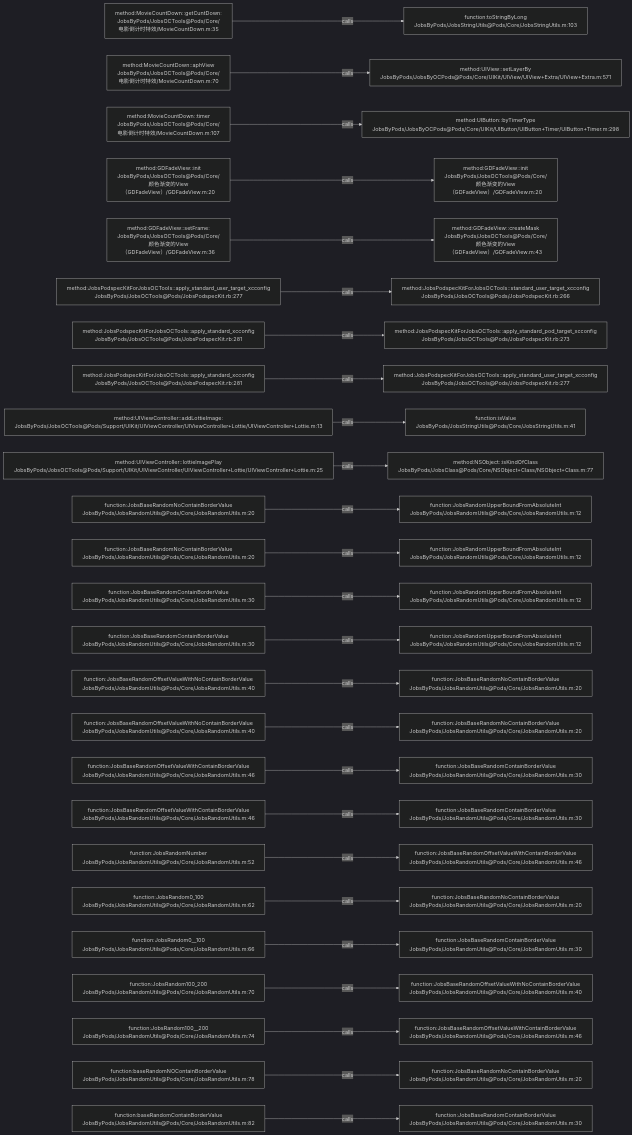
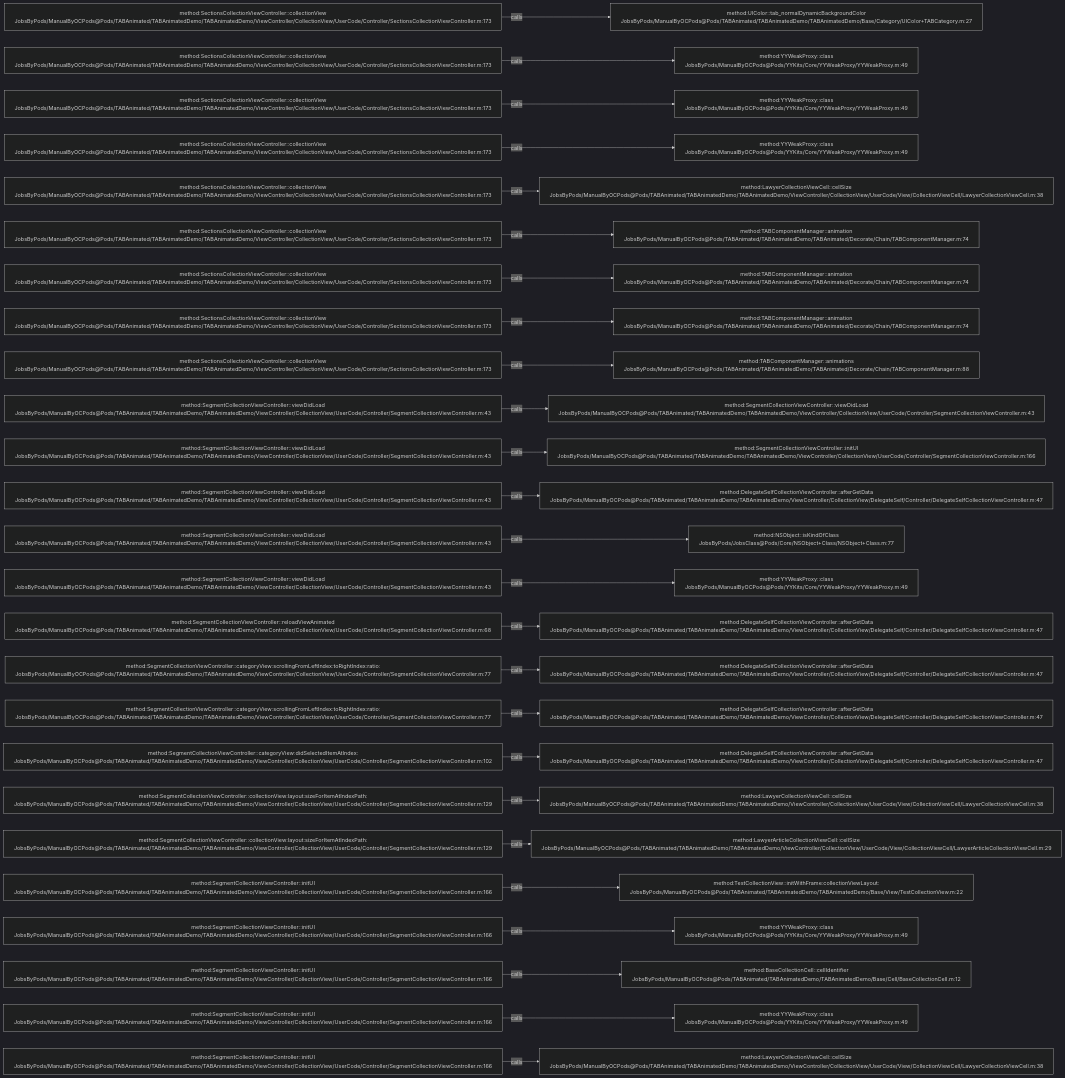
Before and after one commit to JobsKits/JobsOCBaseConfigDemo: the diagram in .codegraph/codegraph.md/graphs/calls-157.md, drawn with Mermaid (dark theme). The commit also changed 573 other files, not shown here.

````diff
--- a/.codegraph/codegraph.md/graphs/calls-157.md
+++ b/.codegraph/codegraph.md/graphs/calls-157.md
@@ -13,78 +13,78 @@
 ```mermaid
 flowchart LR
-  S1["method:MovieCountDown::getCuntDown:<br/>JobsByPods/JobsOCTools@Pods/Core/电影倒计时特效/MovieCountDown.m:35"]
-  T1["function:toStringByLong<br/>JobsByPods/JobsStringUtils@Pods/Core/JobsStringUtils.m:103"]
+  S1["method:SectionsCollectionViewController::collectionView<br/>JobsByPods/ManualByOCPods@Pods/TABAnimated/TABAnimatedDemo/TABAnimatedDemo/ViewController/CollectionView/UserCode/Controller/SectionsCollectionViewController.m:173"]
+  T1["method:UIColor::tab_normalDynamicBackgroundColor<br/>JobsByPods/ManualByOCPods@Pods/TABAnimated/TABAnimatedDemo/TABAnimatedDemo/Base/Category/UIColor+TABCategory.m:27"]
   S1 -->|calls| T1
-  S2["method:MovieCountDown::aphView<br/>JobsByPods/JobsOCTools@Pods/Core/电影倒计时特效/MovieCountDown.m:70"]
-  T2["method:UIView::setLayerBy<br/>JobsByPods/JobsByOCPods@Pods/Core/UIKit/UIView/UIView+Extra/UIView+Extra.m:571"]
+  S2["method:SectionsCollectionViewController::collectionView<br/>JobsByPods/ManualByOCPods@Pods/TABAnimated/TABAnimatedDemo/TABAnimatedDemo/ViewController/CollectionView/UserCode/Controller/SectionsCollectionViewController.m:173"]
+  T2["method:YYWeakProxy::class<br/>JobsByPods/ManualByOCPods@Pods/YYKits/Core/YYWeakProxy/YYWeakProxy.m:49"]
   S2 -->|calls| T2
-  S3["method:MovieCountDown::timer<br/>JobsByPods/JobsOCTools@Pods/Core/电影倒计时特效/MovieCountDown.m:107"]
-  T3["method:UIButton::byTimerType<br/>JobsByPods/JobsByOCPods@Pods/Core/UIKit/UIButton/UIButton+Timer/UIButton+Timer.m:298"]
+  S3["method:SectionsCollectionViewController::collectionView<br/>JobsByPods/ManualByOCPods@Pods/TABAnimated/TABAnimatedDemo/TABAnimatedDemo/ViewController/CollectionView/UserCode/Controller/SectionsCollectionViewController.m:173"]
+  T3["method:YYWeakProxy::class<br/>JobsByPods/ManualByOCPods@Pods/YYKits/Core/YYWeakProxy/YYWeakProxy.m:49"]
   S3 -->|calls| T3
-  S4["method:GDFadeView::init<br/>JobsByPods/JobsOCTools@Pods/Core/颜色渐变的View（GDFadeView）/GDFadeView.m:20"]
-  T4["method:GDFadeView::init<br/>JobsByPods/JobsOCTools@Pods/Core/颜色渐变的View（GDFadeView）/GDFadeView.m:20"]
+  S4["method:SectionsCollectionViewController::collectionView<br/>JobsByPods/ManualByOCPods@Pods/TABAnimated/TABAnimatedDemo/TABAnimatedDemo/ViewController/CollectionView/UserCode/Controller/SectionsCollectionViewController.m:173"]
+  T4["method:YYWeakProxy::class<br/>JobsByPods/ManualByOCPods@Pods/YYKits/Core/YYWeakProxy/YYWeakProxy.m:49"]
   S4 -->|calls| T4
-  S5["method:GDFadeView::setFrame:<br/>JobsByPods/JobsOCTools@Pods/Core/颜色渐变的View（GDFadeView）/GDFadeView.m:36"]
-  T5["method:GDFadeView::createMask<br/>JobsByPods/JobsOCTools@Pods/Core/颜色渐变的View（GDFadeView）/GDFadeView.m:43"]
+  S5["method:SectionsCollectionViewController::collectionView<br/>JobsByPods/ManualByOCPods@Pods/TABAnimated/TABAnimatedDemo/TABAnimatedDemo/ViewController/CollectionView/UserCode/Controller/SectionsCollectionViewController.m:173"]
+  T5["method:LawyerCollectionViewCell::cellSize<br/>JobsByPods/ManualByOCPods@Pods/TABAnimated/TABAnimatedDemo/TABAnimatedDemo/ViewController/CollectionView/UserCode/View/CollectionViewCell/LawyerCollectionViewCell.m:38"]
   S5 -->|calls| T5
-  S6["method:JobsPodspecKitForJobsOCTools::apply_standard_user_target_xcconfig<br/>JobsByPods/JobsOCTools@Pods/JobsPodspecKit.rb:277"]
-  T6["method:JobsPodspecKitForJobsOCTools::standard_user_target_xcconfig<br/>JobsByPods/JobsOCTools@Pods/JobsPodspecKit.rb:266"]
+  S6["method:SectionsCollectionViewController::collectionView<br/>JobsByPods/ManualByOCPods@Pods/TABAnimated/TABAnimatedDemo/TABAnimatedDemo/ViewController/CollectionView/UserCode/Controller/SectionsCollectionViewController.m:173"]
+  T6["method:TABComponentManager::animation<br/>JobsByPods/ManualByOCPods@Pods/TABAnimated/TABAnimatedDemo/TABAnimated/Decorate/Chain/TABComponentManager.m:74"]
   S6 -->|calls| T6
-  S7["method:JobsPodspecKitForJobsOCTools::apply_standard_xcconfig<br/>JobsByPods/JobsOCTools@Pods/JobsPodspecKit.rb:281"]
-  T7["method:JobsPodspecKitForJobsOCTools::apply_standard_pod_target_xcconfig<br/>JobsByPods/JobsOCTools@Pods/JobsPodspecKit.rb:273"]
+  S7["method:SectionsCollectionViewController::collectionView<br/>JobsByPods/ManualByOCPods@Pods/TABAnimated/TABAnimatedDemo/TABAnimatedDemo/ViewController/CollectionView/UserCode/Controller/SectionsCollectionViewController.m:173"]
+  T7["method:TABComponentManager::animation<br/>JobsByPods/ManualByOCPods@Pods/TABAnimated/TABAnimatedDemo/TABAnimated/Decorate/Chain/TABComponentManager.m:74"]
   S7 -->|calls| T7
-  S8["method:JobsPodspecKitForJobsOCTools::apply_standard_xcconfig<br/>JobsByPods/JobsOCTools@Pods/JobsPodspecKit.rb:281"]
-  T8["method:JobsPodspecKitForJobsOCTools::apply_standard_user_target_xcconfig<br/>JobsByPods/JobsOCTools@Pods/JobsPodspecKit.rb:277"]
+  S8["method:SectionsCollectionViewController::collectionView<br/>JobsByPods/ManualByOCPods@Pods/TABAnimated/TABAnimatedDemo/TABAnimatedDemo/ViewController/CollectionView/UserCode/Controller/SectionsCollectionViewController.m:173"]
+  T8["method:TABComponentManager::animation<br/>JobsByPods/ManualByOCPods@Pods/TABAnimated/TABAnimatedDemo/TABAnimated/Decorate/Chain/TABComponentManager.m:74"]
   S8 -->|calls| T8
-  S9["method:UIViewController::addLottieImage:<br/>JobsByPods/JobsOCTools@Pods/Support/UIKit/UIViewController/UIViewController+Lottie/UIViewController+Lottie.m:13"]
-  T9["function:isValue<br/>JobsByPods/JobsStringUtils@Pods/Core/JobsStringUtils.m:41"]
+  S9["method:SectionsCollectionViewController::collectionView<br/>JobsByPods/ManualByOCPods@Pods/TABAnimated/TABAnimatedDemo/TABAnimatedDemo/ViewController/CollectionView/UserCode/Controller/SectionsCollectionViewController.m:173"]
+  T9["method:TABComponentManager::animations<br/>JobsByPods/ManualByOCPods@Pods/TABAnimated/TABAnimatedDemo/TABAnimated/Decorate/Chain/TABComponentManager.m:88"]
   S9 -->|calls| T9
-  S10["method:UIViewController::lottieImagePlay<br/>JobsByPods/JobsOCTools@Pods/Support/UIKit/UIViewController/UIViewController+Lottie/UIViewController+Lottie.m:25"]
-  T10["method:NSObject::isKindOfClass<br/>JobsByPods/JobsClass@Pods/Core/NSObject+Class/NSObject+Class.m:77"]
+  S10["method:SegmentCollectionViewController::viewDidLoad<br/>JobsByPods/ManualByOCPods@Pods/TABAnimated/TABAnimatedDemo/TABAnimatedDemo/ViewController/CollectionView/UserCode/Controller/SegmentCollectionViewController.m:43"]
+  T10["method:SegmentCollectionViewController::viewDidLoad<br/>JobsByPods/ManualByOCPods@Pods/TABAnimated/TABAnimatedDemo/TABAnimatedDemo/ViewController/CollectionView/UserCode/Controller/SegmentCollectionViewController.m:43"]
   S10 -->|calls| T10
-  S11["function:JobsBaseRandomNoContainBorderValue<br/>JobsByPods/JobsRandomUtils@Pods/Core/JobsRandomUtils.m:20"]
-  T11["function:JobsRandomUpperBoundFromAbsoluteInt<br/>JobsByPods/JobsRandomUtils@Pods/Core/JobsRandomUtils.m:12"]
+  S11["method:SegmentCollectionViewController::viewDidLoad<br/>JobsByPods/ManualByOCPods@Pods/TABAnimated/TABAnimatedDemo/TABAnimatedDemo/ViewController/CollectionView/UserCode/Controller/SegmentCollectionViewController.m:43"]
+  T11["method:SegmentCollectionViewController::initUI<br/>JobsByPods/ManualByOCPods@Pods/TABAnimated/TABAnimatedDemo/TABAnimatedDemo/ViewController/CollectionView/UserCode/Controller/SegmentCollectionViewController.m:166"]
   S11 -->|calls| T11
-  S12["function:JobsBaseRandomNoContainBorderValue<br/>JobsByPods/JobsRandomUtils@Pods/Core/JobsRandomUtils.m:20"]
-  T12["function:JobsRandomUpperBoundFromAbsoluteInt<br/>JobsByPods/JobsRandomUtils@Pods/Core/JobsRandomUtils.m:12"]
+  S12["method:SegmentCollectionViewController::viewDidLoad<br/>JobsByPods/ManualByOCPods@Pods/TABAnimated/TABAnimatedDemo/TABAnimatedDemo/ViewController/CollectionView/UserCode/Controller/SegmentCollectionViewController.m:43"]
+  T12["method:DelegateSelfCollectionViewController::afterGetData<br/>JobsByPods/ManualByOCPods@Pods/TABAnimated/TABAnimatedDemo/TABAnimatedDemo/ViewController/CollectionView/DelegateSelf/Controller/DelegateSelfCollectionViewController.m:47"]
   S12 -->|calls| T12
-  S13["function:JobsBaseRandomContainBorderValue<br/>JobsByPods/JobsRandomUtils@Pods/Core/JobsRandomUtils.m:30"]
-  T13["function:JobsRandomUpperBoundFromAbsoluteInt<br/>JobsByPods/JobsRandomUtils@Pods/Core/JobsRandomUtils.m:12"]
+  S13["method:SegmentCollectionViewController::viewDidLoad<br/>JobsByPods/ManualByOCPods@Pods/TABAnimated/TABAnimatedDemo/TABAnimatedDemo/ViewController/CollectionView/UserCode/Controller/SegmentCollectionViewController.m:43"]
+  T13["method:NSObject::isKindOfClass<br/>JobsByPods/JobsClass@Pods/Core/NSObject+Class/NSObject+Class.m:77"]
   S13 -->|calls| T13
-  S14["function:JobsBaseRandomContainBorderValue<br/>JobsByPods/JobsRandomUtils@Pods/Core/JobsRandomUtils.m:30"]
-  T14["function:JobsRandomUpperBoundFromAbsoluteInt<br/>JobsByPods/JobsRandomUtils@Pods/Core/JobsRandomUtils.m:12"]
+  S14["method:SegmentCollectionViewController::viewDidLoad<br/>JobsByPods/ManualByOCPods@Pods/TABAnimated/TABAnimatedDemo/TABAnimatedDemo/ViewController/CollectionView/UserCode/Controller/SegmentCollectionViewController.m:43"]
+  T14["method:YYWeakProxy::class<br/>JobsByPods/ManualByOCPods@Pods/YYKits/Core/YYWeakProxy/YYWeakProxy.m:49"]
   S14 -->|calls| T14
-  S15["function:JobsBaseRandomOffsetValueWithNoContainBorderValue<br/>JobsByPods/JobsRandomUtils@Pods/Core/JobsRandomUtils.m:40"]
-  T15["function:JobsBaseRandomNoContainBorderValue<br/>JobsByPods/JobsRandomUtils@Pods/Core/JobsRandomUtils.m:20"]
+  S15["method:SegmentCollectionViewController::reloadViewAnimated<br/>JobsByPods/ManualByOCPods@Pods/TABAnimated/TABAnimatedDemo/TABAnimatedDemo/ViewController/CollectionView/UserCode/Controller/SegmentCollectionViewController.m:68"]
+  T15["method:DelegateSelfCollectionViewController::afterGetData<br/>JobsByPods/ManualByOCPods@Pods/TABAnimated/TABAnimatedDemo/TABAnimatedDemo/ViewController/CollectionView/DelegateSelf/Controller/DelegateSelfCollectionViewController.m:47"]
   S15 -->|calls| T15
-  S16["function:JobsBaseRandomOffsetValueWithNoContainBorderValue<br/>JobsByPods/JobsRandomUtils@Pods/Core/JobsRandomUtils.m:40"]
-  T16["function:JobsBaseRandomNoContainBorderValue<br/>JobsByPods/JobsRandomUtils@Pods/Core/JobsRandomUtils.m:20"]
+  S16["method:SegmentCollectionViewController::categoryView:scrollingFromLeftIndex:toRightIndex:ratio:<br/>JobsByPods/ManualByOCPods@Pods/TABAnimated/TABAnimatedDemo/TABAnimatedDemo/ViewController/CollectionView/UserCode/Controller/SegmentCollectionViewController.m:77"]
+  T16["method:DelegateSelfCollectionViewController::afterGetData<br/>JobsByPods/ManualByOCPods@Pods/TABAnimated/TABAnimatedDemo/TABAnimatedDemo/ViewController/CollectionView/DelegateSelf/Controller/DelegateSelfCollectionViewController.m:47"]
   S16 -->|calls| T16
-  S17["function:JobsBaseRandomOffsetValueWithContainBorderValue<br/>JobsByPods/JobsRandomUtils@Pods/Core/JobsRandomUtils.m:46"]
-  T17["function:JobsBaseRandomContainBorderValue<br/>JobsByPods/JobsRandomUtils@Pods/Core/JobsRandomUtils.m:30"]
+  S17["method:SegmentCollectionViewController::categoryView:scrollingFromLeftIndex:toRightIndex:ratio:<br/>JobsByPods/ManualByOCPods@Pods/TABAnimated/TABAnimatedDemo/TABAnimatedDemo/ViewController/CollectionView/UserCode/Controller/SegmentCollectionViewController.m:77"]
+  T17["method:DelegateSelfCollectionViewController::afterGetData<br/>JobsByPods/ManualByOCPods@Pods/TABAnimated/TABAnimatedDemo/TABAnimatedDemo/ViewController/CollectionView/DelegateSelf/Controller/DelegateSelfCollectionViewController.m:47"]
   S17 -->|calls| T17
-  S18["function:JobsBaseRandomOffsetValueWithContainBorderValue<br/>JobsByPods/JobsRandomUtils@Pods/Core/JobsRandomUtils.m:46"]
-  T18["function:JobsBaseRandomContainBorderValue<br/>JobsByPods/JobsRandomUtils@Pods/Core/JobsRandomUtils.m:30"]
+  S18["method:SegmentCollectionViewController::categoryView:didSelectedItemAtIndex:<br/>JobsByPods/ManualByOCPods@Pods/TABAnimated/TABAnimatedDemo/TABAnimatedDemo/ViewController/CollectionView/UserCode/Controller/SegmentCollectionViewController.m:102"]
+  T18["method:DelegateSelfCollectionViewController::afterGetData<br/>JobsByPods/ManualByOCPods@Pods/TABAnimated/TABAnimatedDemo/TABAnimatedDemo/ViewController/CollectionView/DelegateSelf/Controller/DelegateSelfCollectionViewController.m:47"]
   S18 -->|calls| T18
-  S19["function:JobsRandomNumber<br/>JobsByPods/JobsRandomUtils@Pods/Core/JobsRandomUtils.m:52"]
-  T19["function:JobsBaseRandomOffsetValueWithContainBorderValue<br/>JobsByPods/JobsRandomUtils@Pods/Core/JobsRandomUtils.m:46"]
+  S19["method:SegmentCollectionViewController::collectionView:layout:sizeForItemAtIndexPath:<br/>JobsByPods/ManualByOCPods@Pods/TABAnimated/TABAnimatedDemo/TABAnimatedDemo/ViewController/CollectionView/UserCode/Controller/SegmentCollectionViewController.m:129"]
+  T19["method:LawyerCollectionViewCell::cellSize<br/>JobsByPods/ManualByOCPods@Pods/TABAnimated/TABAnimatedDemo/TABAnimatedDemo/ViewController/CollectionView/UserCode/View/CollectionViewCell/LawyerCollectionViewCell.m:38"]
   S19 -->|calls| T19
-  S20["function:JobsRandom0_100<br/>JobsByPods/JobsRandomUtils@Pods/Core/JobsRandomUtils.m:62"]
-  T20["function:JobsBaseRandomNoContainBorderValue<br/>JobsByPods/JobsRandomUtils@Pods/Core/JobsRandomUtils.m:20"]
+  S20["method:SegmentCollectionViewController::collectionView:layout:sizeForItemAtIndexPath:<br/>JobsByPods/ManualByOCPods@Pods/TABAnimated/TABAnimatedDemo/TABAnimatedDemo/ViewController/CollectionView/UserCode/Controller/SegmentCollectionViewController.m:129"]
+  T20["method:LawyerArticleCollectionViewCell::cellSize<br/>JobsByPods/ManualByOCPods@Pods/TABAnimated/TABAnimatedDemo/TABAnimatedDemo/ViewController/CollectionView/UserCode/View/CollectionViewCell/LawyerArticleCollectionViewCell.m:29"]
   S20 -->|calls| T20
-  S21["function:JobsRandom0__100<br/>JobsByPods/JobsRandomUtils@Pods/Core/JobsRandomUtils.m:66"]
-  T21["function:JobsBaseRandomContainBorderValue<br/>JobsByPods/JobsRandomUtils@Pods/Core/JobsRandomUtils.m:30"]
+  S21["method:SegmentCollectionViewController::initUI<br/>JobsByPods/ManualByOCPods@Pods/TABAnimated/TABAnimatedDemo/TABAnimatedDemo/ViewController/CollectionView/UserCode/Controller/SegmentCollectionViewController.m:166"]
+  T21["method:TestCollectionView::initWithFrame:collectionViewLayout:<br/>JobsByPods/ManualByOCPods@Pods/TABAnimated/TABAnimatedDemo/TABAnimatedDemo/Base/View/TestCollectionView.m:22"]
   S21 -->|calls| T21
-  S22["function:JobsRandom100_200<br/>JobsByPods/JobsRandomUtils@Pods/Core/JobsRandomUtils.m:70"]
-  T22["function:JobsBaseRandomOffsetValueWithNoContainBorderValue<br/>JobsByPods/JobsRandomUtils@Pods/Core/JobsRandomUtils.m:40"]
+  S22["method:SegmentCollectionViewController::initUI<br/>JobsByPods/ManualByOCPods@Pods/TABAnimated/TABAnimatedDemo/TABAnimatedDemo/ViewController/CollectionView/UserCode/Controller/SegmentCollectionViewController.m:166"]
+  T22["method:YYWeakProxy::class<br/>JobsByPods/ManualByOCPods@Pods/YYKits/Core/YYWeakProxy/YYWeakProxy.m:49"]
   S22 -->|calls| T22
-  S23["function:JobsRandom100__200<br/>JobsByPods/JobsRandomUtils@Pods/Core/JobsRandomUtils.m:74"]
-  T23["function:JobsBaseRandomOffsetValueWithContainBorderValue<br/>JobsByPods/JobsRandomUtils@Pods/Core/JobsRandomUtils.m:46"]
+  S23["method:SegmentCollectionViewController::initUI<br/>JobsByPods/ManualByOCPods@Pods/TABAnimated/TABAnimatedDemo/TABAnimatedDemo/ViewController/CollectionView/UserCode/Controller/SegmentCollectionViewController.m:166"]
+  T23["method:BaseCollectionCell::cellIdentifier<br/>JobsByPods/ManualByOCPods@Pods/TABAnimated/TABAnimatedDemo/TABAnimatedDemo/Base/Cell/BaseCollectionCell.m:12"]
   S23 -->|calls| T23
-  S24["function:baseRandomNOContainBorderValue<br/>JobsByPods/JobsRandomUtils@Pods/Core/JobsRandomUtils.m:78"]
-  T24["function:JobsBaseRandomNoContainBorderValue<br/>JobsByPods/JobsRandomUtils@Pods/Core/JobsRandomUtils.m:20"]
+  S24["method:SegmentCollectionViewController::initUI<br/>JobsByPods/ManualByOCPods@Pods/TABAnimated/TABAnimatedDemo/TABAnimatedDemo/ViewController/CollectionView/UserCode/Controller/SegmentCollectionViewController.m:166"]
+  T24["method:YYWeakProxy::class<br/>JobsByPods/ManualByOCPods@Pods/YYKits/Core/YYWeakProxy/YYWeakProxy.m:49"]
   S24 -->|calls| T24
-  S25["function:baseRandomContainBorderValue<br/>JobsByPods/JobsRandomUtils@Pods/Core/JobsRandomUtils.m:82"]
-  T25["function:JobsBaseRandomContainBorderValue<br/>JobsByPods/JobsRandomUtils@Pods/Core/JobsRandomUtils.m:30"]
+  S25["method:SegmentCollectionViewController::initUI<br/>JobsByPods/ManualByOCPods@Pods/TABAnimated/TABAnimatedDemo/TABAnimatedDemo/ViewController/CollectionView/UserCode/Controller/SegmentCollectionViewController.m:166"]
+  T25["method:LawyerCollectionViewCell::cellSize<br/>JobsByPods/ManualByOCPods@Pods/TABAnimated/TABAnimatedDemo/TABAnimatedDemo/ViewController/CollectionView/UserCode/View/CollectionViewCell/LawyerCollectionViewCell.m:38"]
   S25 -->|calls| T25
 ```
````
